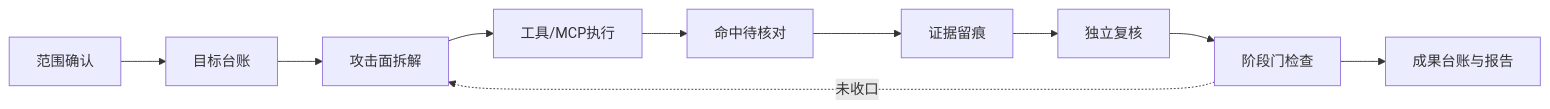
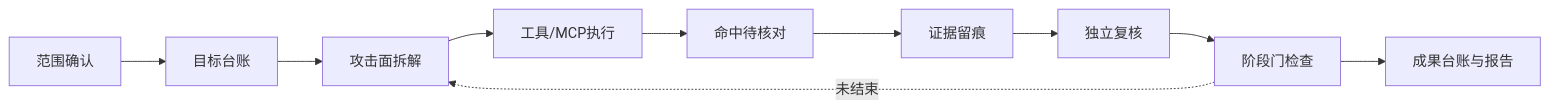
Before and after one commit to ITroyeSivan/Saker: the diagram in docs/architecture.md, drawn with Mermaid. The commit also changed other lines of this file and 495 other files, not shown here.

````diff
--- a/docs/architecture.md
+++ b/docs/architecture.md
@@ -43,7 +43,7 @@
 ```mermaid
 flowchart LR
     A[范围确认] --> B[目标台账] --> C[攻击面拆解] --> D[工具/MCP执行]
     D --> E[命中待核对] --> F[证据留痕] --> G[独立复核] --> H[阶段门检查]
     H --> I[成果台账与报告]
-    H -. 未收口 .-> C
+    H -. 未结束 .-> C
 ```
````
